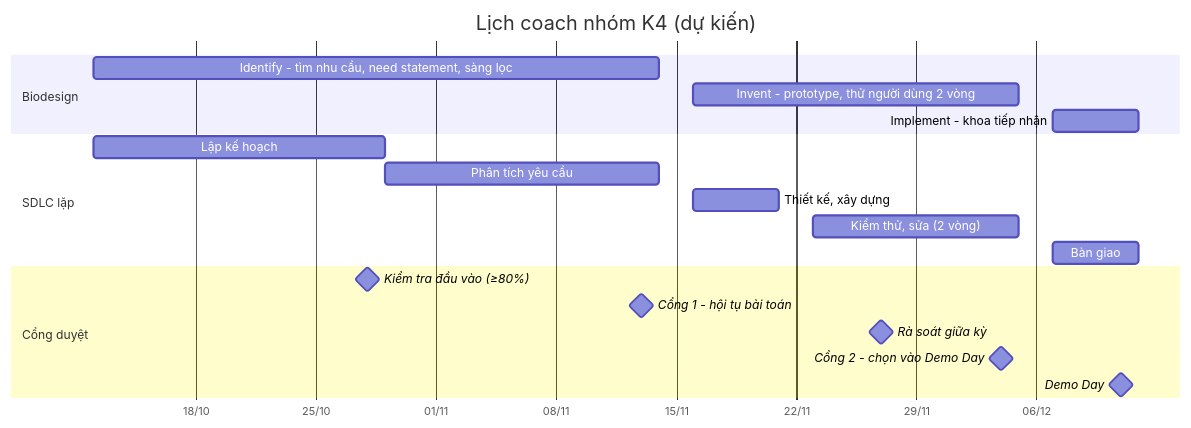
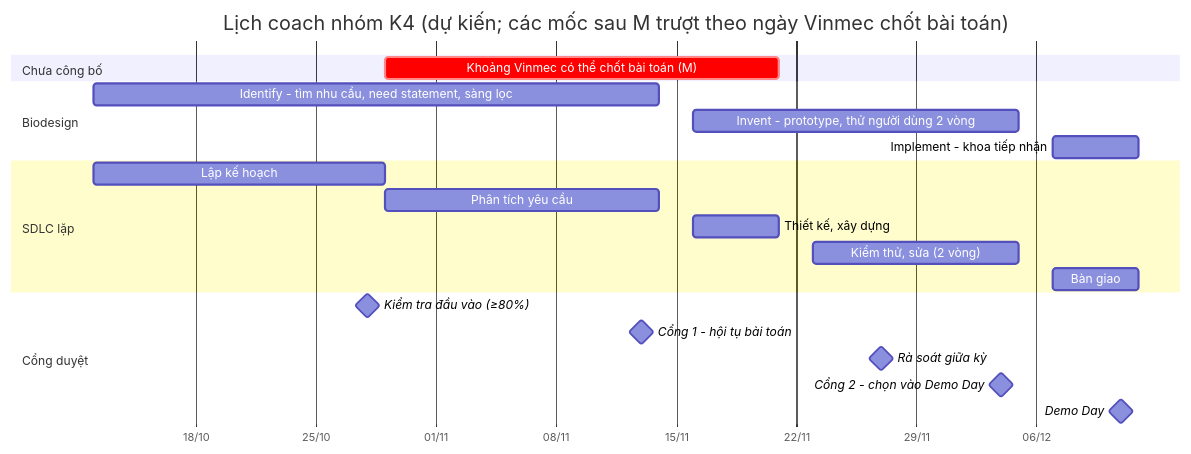
The diagram in 07-coach-plan/README.md (MignoneNguyen/Exploration-Sprint-Vinmec), drawn with Mermaid before and after one commit. The commit also changed other lines of this file and 27 other files, not shown here.

````diff
--- a/07-coach-plan/README.md
+++ b/07-coach-plan/README.md
@@ -9,22 +14,24 @@
 ```mermaid
 gantt
-    title Lịch coach nhóm K4 (dự kiến)
+    title Lịch coach nhóm K4 (dự kiến; các mốc sau M trượt theo ngày Vinmec chốt bài toán)
     dateFormat YYYY-MM-DD
     axisFormat %d/%m
+    section Chưa công bố
+    Khoảng Vinmec có thể chốt bài toán (M) :crit, w1, 2026-10-29, 2026-11-21
     section Biodesign
     Identify - tìm nhu cầu, need statement, sàng lọc :a1, 2026-10-12, 2026-11-14
     Invent - prototype, thử người dùng 2 vòng         :a2, 2026-11-16, 2026-12-05
     Implement - khoa tiếp nhận                        :a3, 2026-12-07, 2026-12-12
     section SDLC lặp
     Lập kế hoạch                :s1, 2026-10-12, 2026-10-29
     Phân tích yêu cầu           :s2, 2026-10-29, 2026-11-14
     Thiết kế, xây dựng          :s3, 2026-11-16, 2026-11-21
     Kiểm thử, sửa (2 vòng)      :s4, 2026-11-23, 2026-12-05
     Bàn giao                    :s5, 2026-12-07, 2026-12-12
     section Cổng duyệt
     Kiểm tra đầu vào (≥80%)     :milestone, m0, 2026-10-28, 0d
     Cổng 1 - hội tụ bài toán    :milestone, m1, 2026-11-13, 0d
     Rà soát giữa kỳ             :milestone, m2, 2026-11-27, 0d
     Cổng 2 - chọn vào Demo Day  :milestone, m3, 2026-12-04, 0d
     Demo Day                    :milestone, m4, 2026-12-11, 0d
 ```
````
